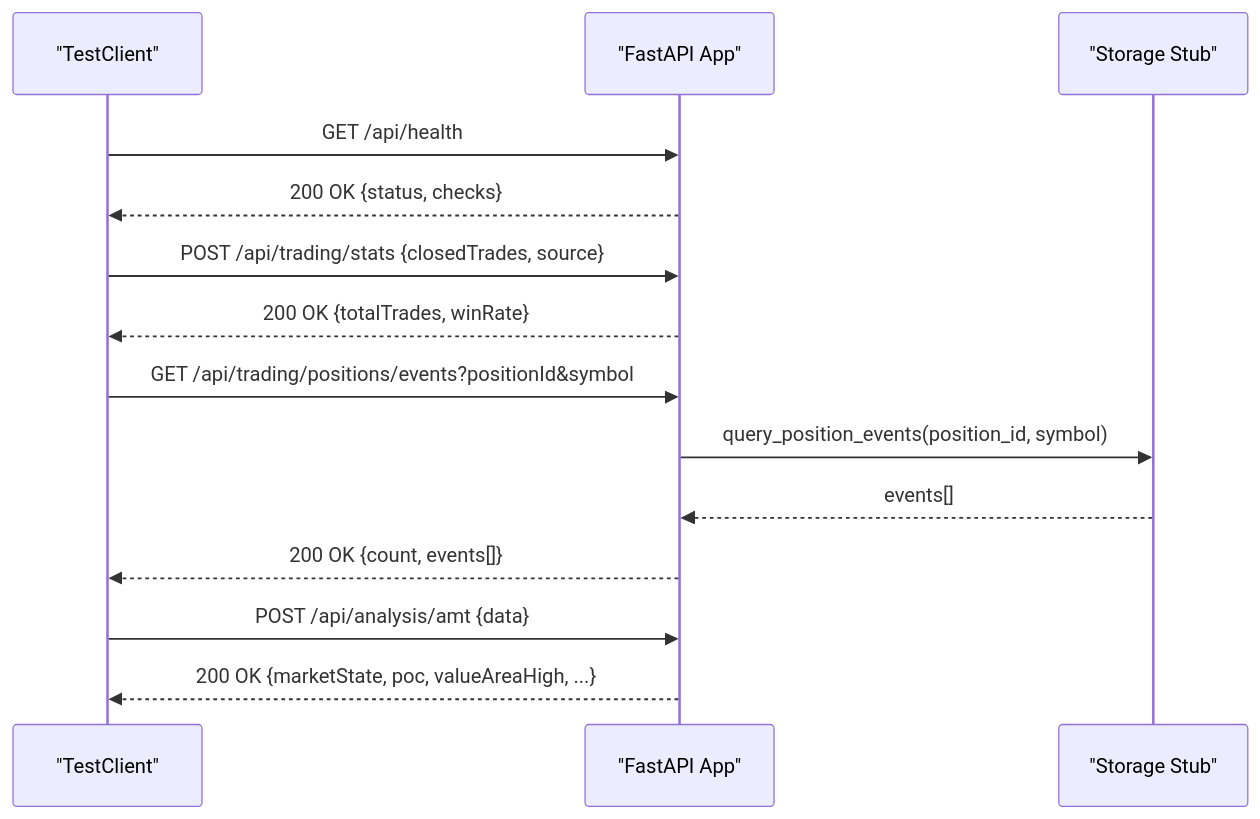
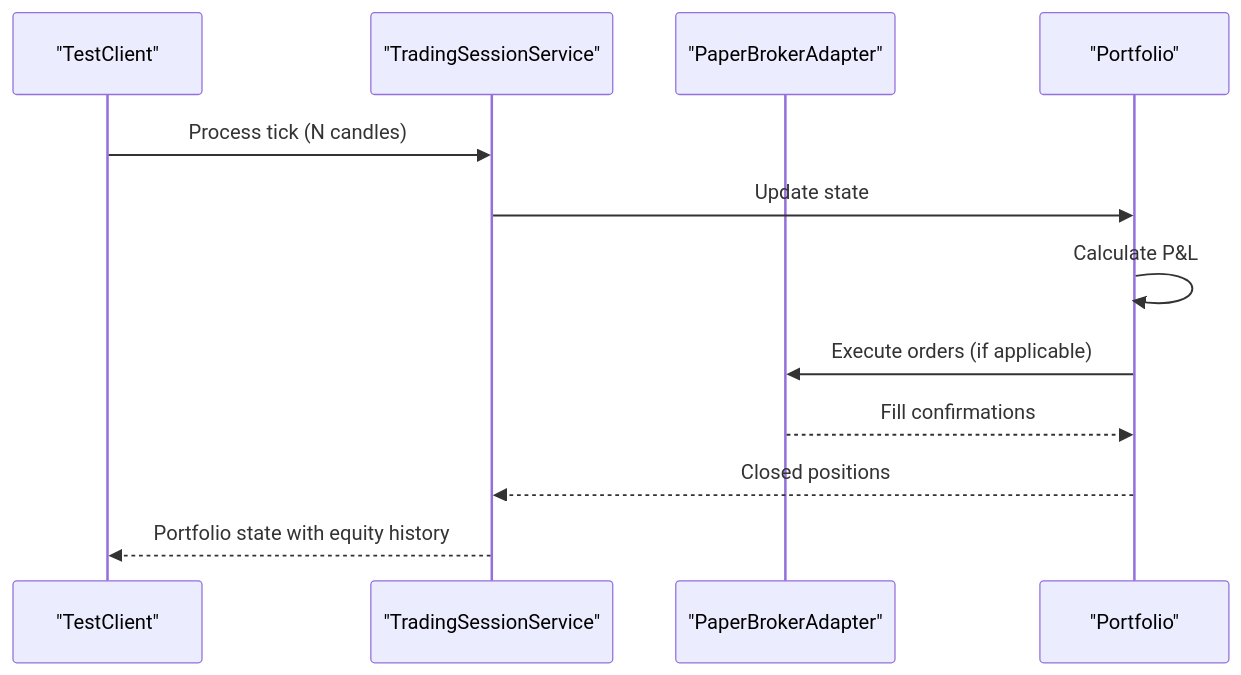
Before and after one commit to gemrajkhatry-maker/v5-of-glassytrade-ai: the fourth of 7 diagrams in .qoder/repowiki/en/content/Testing Strategy/Testing Strategy.md, drawn with Mermaid. The commit also changed other lines of this file and 930 other files, not shown here.

````diff
--- a/.qoder/repowiki/en/content/Testing Strategy/Testing Strategy.md
+++ b/.qoder/repowiki/en/content/Testing Strategy/Testing Strategy.md
@@ -175,16 +222,14 @@
 ```mermaid
 sequenceDiagram
 participant Client as "TestClient"
-participant API as "FastAPI App"
-participant Storage as "Storage Stub"
-Client->>API : GET /api/health
-API-->>Client : 200 OK {status, checks}
-Client->>API : POST /api/trading/stats {closedTrades, source}
-API-->>Client : 200 OK {totalTrades, winRate}
-Client->>API : GET /api/trading/positions/events?positionId&symbol
-API->>Storage : query_position_events(position_id, symbol)
-Storage-->>API : events[]
-API-->>Client : 200 OK {count, events[]}
-Client->>API : POST /api/analysis/amt {data}
-API-->>Client : 200 OK {marketState, poc, valueAreaHigh, ...}
+participant Trading as "TradingSessionService"
+participant Broker as "PaperBrokerAdapter"
+participant Portfolio as "Portfolio"
+Client->>Trading : Process tick (N candles)
+Trading->>Portfolio : Update state
+Portfolio->>Portfolio : Calculate P&L
+Portfolio->>Broker : Execute orders (if applicable)
+Broker-->>Portfolio : Fill confirmations
+Portfolio-->>Trading : Closed positions
+Trading-->>Client : Portfolio state with equity history
 ```
````
